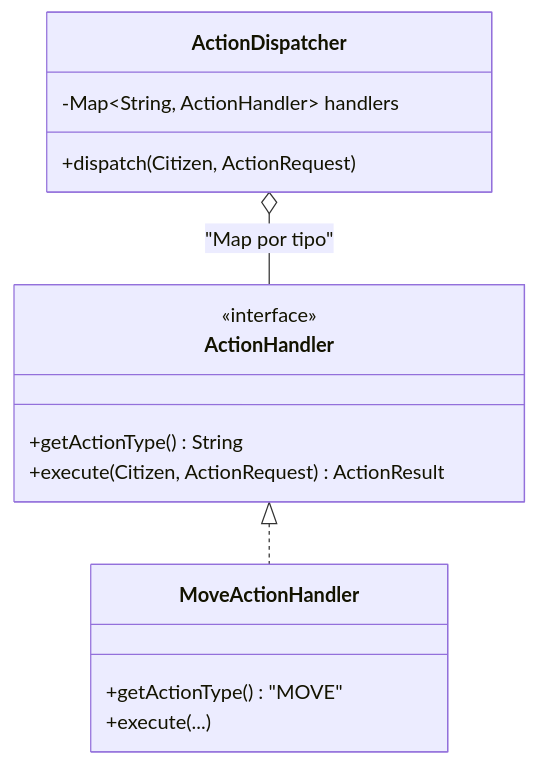
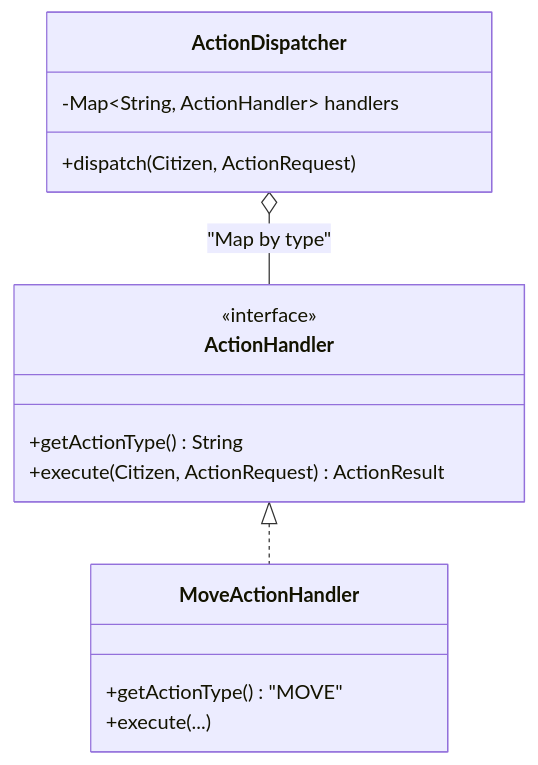
Before and after one commit to alexpicode/caosmos: the third of 5 diagrams in docs/ARCHITECTURE.md, drawn with Mermaid. The commit also changed other lines of this file and 3 other files, not shown here.

````diff
--- a/docs/ARCHITECTURE.md
+++ b/docs/ARCHITECTURE.md
@@ -141,19 +149,19 @@
 ```mermaid
 classDiagram
     class ActionHandler {
         <<interface>>
         +getActionType() String
         +execute(Citizen, ActionRequest) ActionResult
     }
     class MoveActionHandler {
         +getActionType() "MOVE"
         +execute(...)
     }
     class ActionDispatcher {
         -Map~String, ActionHandler~ handlers
         +dispatch(Citizen, ActionRequest)
     }
 
     ActionHandler <|.. MoveActionHandler
-    ActionDispatcher o-- ActionHandler: "Map por tipo"
+    ActionDispatcher o-- ActionHandler: "Map by type"
 ```
````
